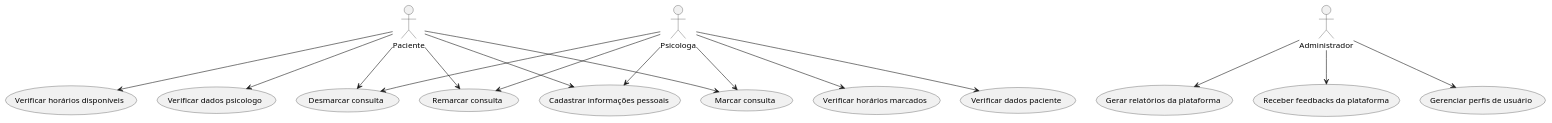
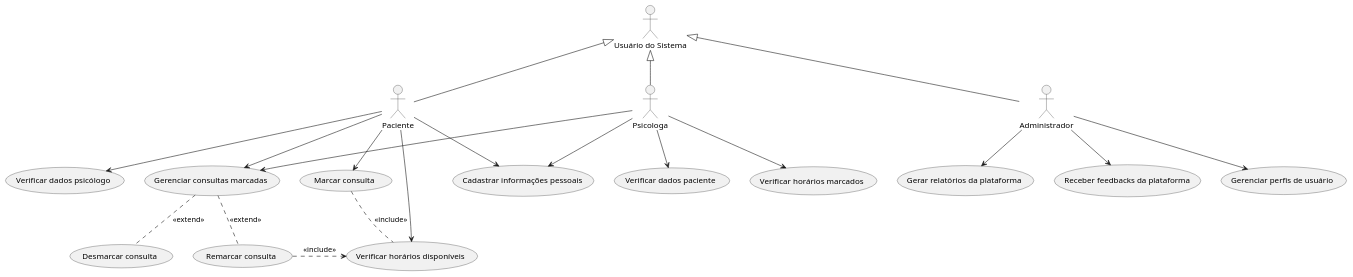
Before and after one commit to catarinamoreiralima/apoo: the diagram in casosuso.plantuml, drawn with PlantUML.

Commit message:
att casos_uso

```diff
--- a/casosuso.plantuml
+++ b/casosuso.plantuml
@@ -2,29 +1,43 @@
-@startuml teste
+@startuml
 "Administrador" as admin
 "Psicologa" as psi
 "Paciente" as paci
+"Usuário do Sistema" as user
+
 "Cadastrar informações pessoais" as (cad)
 "Marcar consulta" as (mar)
+"Gerenciar consultas marcadas" as (gerenciarConsultas)
+"Remarcar consulta" as (rem)
 "Desmarcar consulta" as (desm)
-"Remarcar consulta" as (rem)
+"Verificar horários disponíveis" as (verificarHorarios)
+"Verificar dados psicólogo" as (verificarPsico)
+"Verificar dados paciente" as (verificarPaciente)
+"Verificar horários marcados" as (verificarMarcados)
+
 admin --> (Gerar relatórios da plataforma)
 admin --> (Receber feedbacks da plataforma)
 admin --> (Gerenciar perfis de usuário)
 
-
+user <|-- psi
+user <|-- paci
+user <|-- admin
 
 (cad) <-u- psi
 paci -d-> (cad)
-(rem) <-u- psi
-paci -d-> (rem)
-(desm) <-u- psi
-paci -d-> (desm)
-(mar) <-u- psi
 paci -d-> (mar)
-(Verificar horários marcados) <-u- psi
-(Verificar dados paciente) <-u- psi
-paci -d-> (Verificar horários disponíveis)
-paci -d-> (Verificar dados psicologo)
 
+(gerenciarConsultas) <-u- psi
+paci -d-> (gerenciarConsultas)
 
+(rem) .u. (gerenciarConsultas) : <<extend>>
+(desm) .u. (gerenciarConsultas) : <<extend>>
+
+(rem) .> (verificarHorarios) : <<include>>
+(mar) .down. (verificarHorarios) : <<include>> 
+
+psi -d-> (verificarPaciente)
+psi -d-> (verificarMarcados)
+
+paci -d-> (verificarHorarios)
+paci -d-> (verificarPsico)
 @enduml
```
